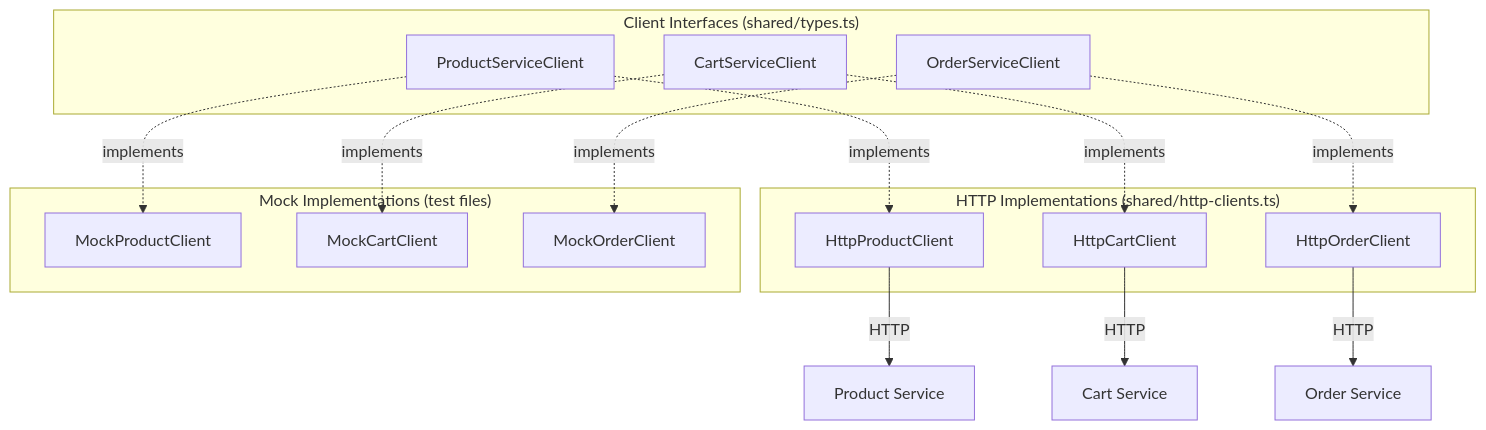
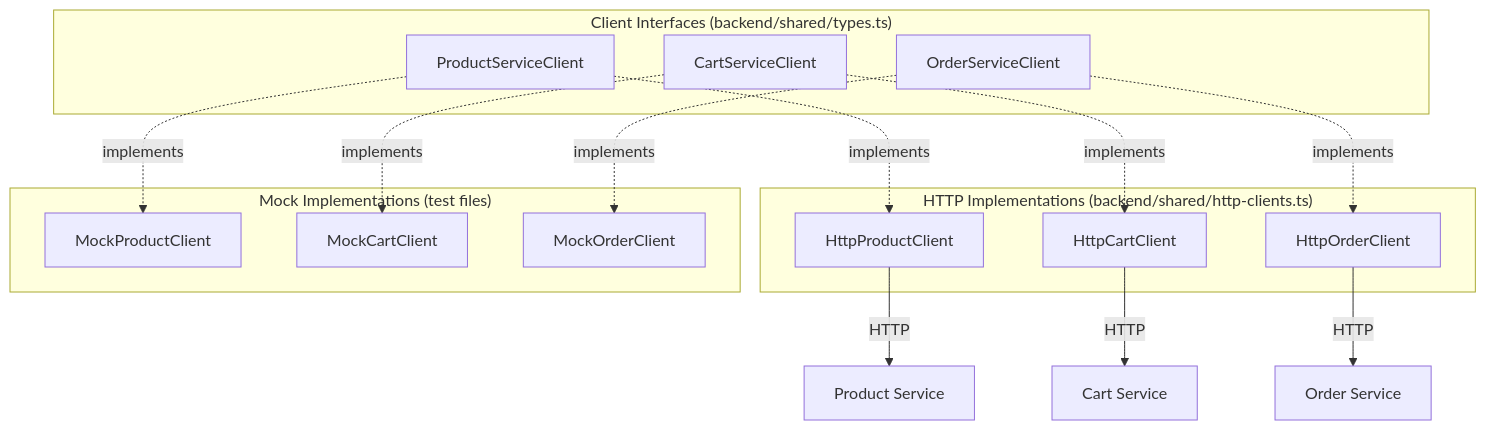
One commit to nikhil2128/ai-projects changed diagram 15 of 17 in ecommerce/docs/ARCHITECTURE.md. Above: the diagram before and after it, drawn with Mermaid. The commit also changed other lines of this file and 64 other files, not shown here.

````diff
--- a/ecommerce/docs/ARCHITECTURE.md
+++ b/ecommerce/docs/ARCHITECTURE.md
@@ -749,31 +749,31 @@
 ```mermaid
 graph TB
-    subgraph Interfaces["Client Interfaces (shared/types.ts)"]
+    subgraph Interfaces["Client Interfaces (backend/shared/types.ts)"]
         I1["ProductServiceClient"]
         I2["CartServiceClient"]
         I3["OrderServiceClient"]
     end
 
-    subgraph HttpClients["HTTP Implementations (shared/http-clients.ts)"]
+    subgraph HttpClients["HTTP Implementations (backend/shared/http-clients.ts)"]
         H1["HttpProductClient"]
         H2["HttpCartClient"]
         H3["HttpOrderClient"]
     end
 
     subgraph MockClients["Mock Implementations (test files)"]
         M1["MockProductClient"]
         M2["MockCartClient"]
         M3["MockOrderClient"]
     end
 
     I1 -.->|implements| H1
     I1 -.->|implements| M1
     I2 -.->|implements| H2
     I2 -.->|implements| M2
     I3 -.->|implements| H3
     I3 -.->|implements| M3
 
     H1 -->|"HTTP"| PROD["Product Service"]
     H2 -->|"HTTP"| CART["Cart Service"]
     H3 -->|"HTTP"| ORD["Order Service"]
 ```
````
